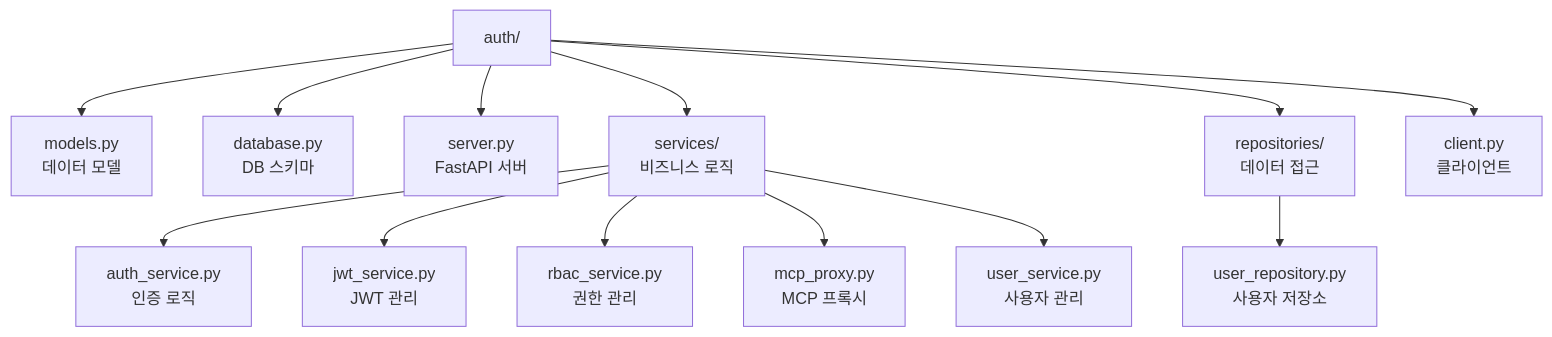
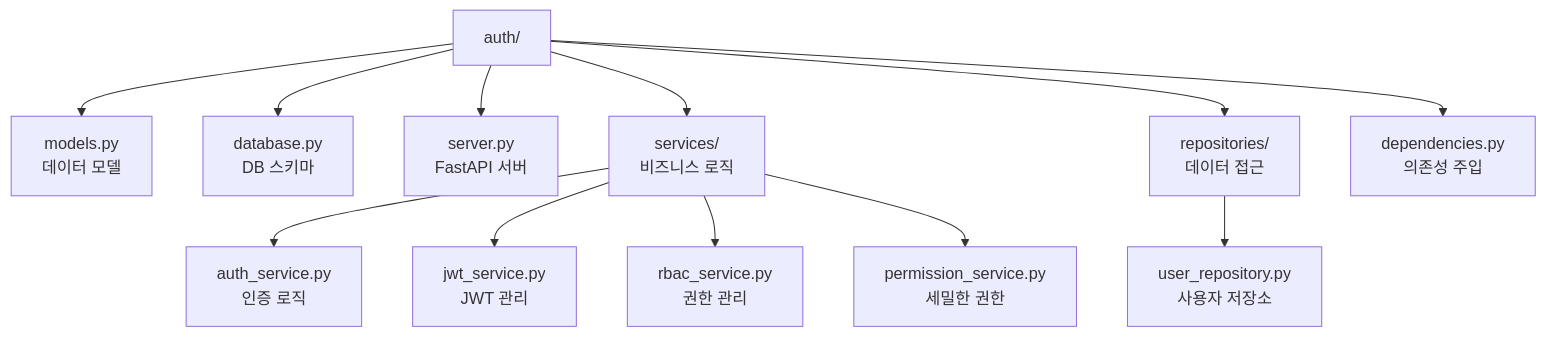
Before and after one commit to HyunjunJeon/mcp-for-retriever: the first of 5 diagrams in docs/structure/auth.md, drawn with Mermaid. The commit also changed 35 other files, not shown here.

````diff
--- a/docs/structure/auth.md
+++ b/docs/structure/auth.md
@@ -7,18 +7,17 @@
 ```mermaid
 graph TD
     auth[auth/]
     auth --> models[models.py<br/>데이터 모델]
     auth --> database[database.py<br/>DB 스키마]
     auth --> server[server.py<br/>FastAPI 서버]
     auth --> services[services/<br/>비즈니스 로직]
     auth --> repositories[repositories/<br/>데이터 접근]
-    auth --> client[client.py<br/>클라이언트]
+    auth --> dependencies[dependencies.py<br/>의존성 주입]
     
     services --> auth_service[auth_service.py<br/>인증 로직]
     services --> jwt_service[jwt_service.py<br/>JWT 관리]
     services --> rbac_service[rbac_service.py<br/>권한 관리]
-    services --> mcp_proxy[mcp_proxy.py<br/>MCP 프록시]
-    services --> user_service[user_service.py<br/>사용자 관리]
+    services --> permission_service[permission_service.py<br/>세밀한 권한]
     
     repositories --> user_repo[user_repository.py<br/>사용자 저장소]
 ```
````
